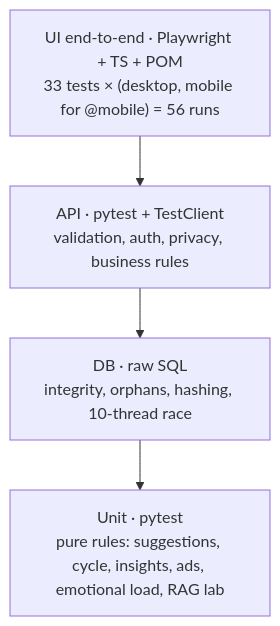
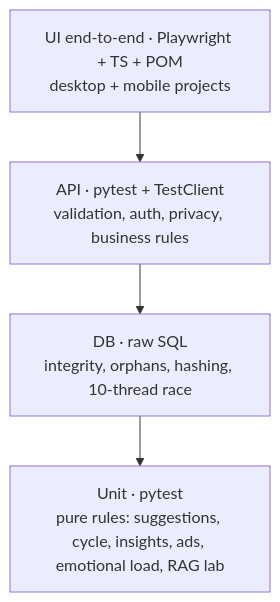
Before and after one commit to Noshin-Arthi/her-aura: the eighth of 11 diagrams in docs/KNOWLEDGE_BASE.md, drawn with Mermaid. The commit also changed other lines of this file and 51 other files, not shown here.

````diff
--- a/docs/KNOWLEDGE_BASE.md
+++ b/docs/KNOWLEDGE_BASE.md
@@ -282,8 +338,8 @@
 ```mermaid
 flowchart TB
-    E2E["UI end-to-end · Playwright + TS + POM<br/>33 tests × (desktop, mobile for @mobile) = 56 runs"]
+    E2E["UI end-to-end · Playwright + TS + POM<br/>desktop + mobile projects"]
     API["API · pytest + TestClient<br/>validation, auth, privacy, business rules"]
     DB["DB · raw SQL<br/>integrity, orphans, hashing, 10-thread race"]
     UNIT["Unit · pytest<br/>pure rules: suggestions, cycle, insights, ads, emotional load, RAG lab"]
     E2E --> API --> DB --> UNIT
 ```
````
